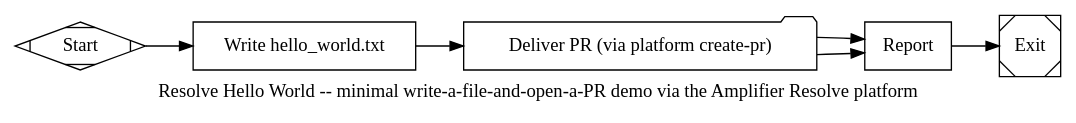
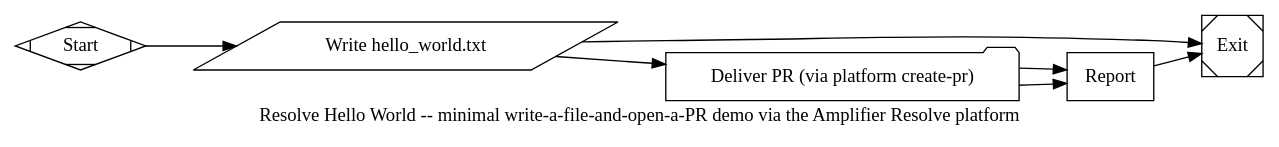
Before and after one commit to kenotron-ms/attractor-pipelines: the diagram in pipelines/resolve_hello_world/resolve_hello_world.dot, drawn with Graphviz. The commit also changed 2 other files, not shown here.

First paragraph of the commit message:
fix(pipelines): make resolve_hello_world deterministic with goal_gate tool nodes (#7)
* fix(pipelines): make resolve_hello_world deterministic with goal_gate tool nodes

```diff
--- a/pipelines/resolve_hello_world/resolve_hello_world.dot
+++ b/pipelines/resolve_hello_world/resolve_hello_world.dot
@@ -1,76 +1,102 @@
 // resolve_hello_world.dot
 //
 // Resolve-platform-flavored sibling of pipelines/hello_world/hello_world.dot.
 // Same minimal shape (write -> commit/push -> open PR), but this variant is
 // deliberately NOT portable across engines -- it leans on Amplifier Resolve
 // platform mechanism as much as possible instead of staying engine-agnostic:
 //
 //   - Clone: NOT a pipeline step. Driven by the standard `repo_url`
 //     instantiation param every dot-graph resolver pipeline gets for free,
 //     resolved via the resolver's workspace_spec() before Start ever fires.
 //   - Migrate to Gitea: NOT a pipeline step. workspace_spec() requests a
 //     Gitea sidecar for the instance; the platform mirrors the target repo
 //     into it before the worker container starts. By the time WriteHelloWorld
 //     runs, `origin` already points at the Gitea mirror, not upstream GitHub.
 //   - PR delivery: uses the platform's provider-agnostic
 //     /usr/local/bin/create-pr script (injected into every worker container
 //     by amplifier-resolve's git_provider.py) instead of raw `gh`/`curl`.
 //     It resolves GitHub-vs-Gitea destination and auth (GitHub App
 //     installation token first, PAT fallback) from the container's
 //     GIT_PROVIDER / GIT_PROVIDER_HOST env -- this pipeline never touches
 //     credentials directly.
 //
 // Use pipelines/hello_world/hello_world.dot instead if you need this pipeline
 // to run outside an Amplifier Resolve worker container (create-pr will not
 // exist there).
 //
 // Context inputs:
 //   $repo   - target repo slug (owner/name), same convention as hello_world.
 //
 // Context outputs:
 //   delivery.pr_url  - PR URL, set by DeliverPRResolve subgraph
 //   delivery.result  - "opened" | "failed"
 
 digraph resolve_hello_world {
   graph [
     label="Resolve Hello World -- minimal write-a-file-and-open-a-PR demo via the Amplifier Resolve platform",
     goal="$repo",
     rankdir=LR,
     default_max_retry=2,
     default_fidelity="summary:high",
     model_stylesheet="* { llm_model: claude-sonnet-4-6; llm_provider: anthropic; }"
   ];
 
   Start [shape=Mdiamond, label="Start"];
   Exit  [shape=Msquare,  label="Exit"];
 
-  // One box node does the entire "work": create a branch and write the
-  // file. Deliberately not split further -- mirrors hello_world.dot's own
-  // rationale: this pipeline exists to be trivial, not to demonstrate VDD.
+  // Deterministic tool node -- creates the branch and writes the file via
+  // a real shell command, not LLM judgment.
+  //
+  // This was previously a `shape=box, goal_gate=true` LLM node whose prompt
+  // only asked for a prose confirmation ("Print the single line:
+  // hello_world_written"). Per the attractor engine's fail-closed goal-gate
+  // contract (specs/EXTENSIONS.md Sec25; context/engine-semantics.md Sec5),
+  // a goal_gate=true node MUST provide an explicit verdict (a
+  // `report_outcome` call, JSON, or a tool node's own exit code) -- plain
+  // prose falls through to the RETRY path no matter what it says. That LLM
+  // node retried out (default_max_retry=2 => 3 attempts) and then hit the
+  // "FAIL does not traverse plain edges" rule (engine-semantics.md Sec2
+  // #2: WriteHelloWorld -> DeliverPRResolve was an unconditional edge),
+  // producing PIPELINE_ERROR error_type=no_matching_edge -- observed
+  // directly on a real staging run (instance 3c3689b633a8).
+  //
+  // Fixed by moving goal_gate onto a parallelogram/tool node whose exit
+  // code IS the verdict (engine-semantics.md Sec5, the `is_explicit` rule),
+  // using the canonical `cmd && printf ok || printf fail` idiom routed on
+  // context.tool.last_line (engine-semantics.md Sec3). Literal shell `$` is
+  // escaped as `$$` per the engine's own substitution rule (Sec4) so the
+  // pipeline's variable-expansion pass doesn't touch it.
   WriteHelloWorld [
-    shape=box, goal_gate=true, fidelity="summary:high",
+    shape=parallelogram, goal_gate=true,
     label="Write hello_world.txt",
-    prompt="Create a new branch off the repo's default branch named hello-world-resolve-<short timestamp, e.g. hello-world-resolve-20260729143000>. On that branch, write a file named hello_world.txt at the repo root with exactly this content:\n\nHello, World!\n\nThis file was created by the resolve_hello_world pipeline in kenotron-ms/attractor-pipelines -- a minimal end-to-end demo that leans on the Amplifier Resolve platform's own clone/Gitea-migrate/create-pr mechanism as much as possible.\n\nDo NOT commit yet -- the next step handles staging, commit, push, and opening the PR via the platform's create-pr script. Print the single line: hello_world_written"
+    tool_command="BRANCH=hello-world-resolve-$$(date -u +%Y%m%d%H%M%S); git rev-parse --is-inside-work-tree >/dev/null 2>&1 && git checkout -b \"$$BRANCH\" >/dev/null 2>&1; printf 'Hello, World!\n\nThis file was created by the resolve_hello_world pipeline in kenotron-ms/attractor-pipelines -- a minimal end-to-end demo that leans on the Amplifier Resolve platform (clone / Gitea-migrate / create-pr) mechanism as much as possible.\n' > hello_world.txt; test -f hello_world.txt && printf ok || printf fail"
   ];
 
   // Reuses the same shape=folder delegation pattern as hello_world.dot's
   // DeliverPR, but the subgraph itself swaps the portable gh/curl delivery
   // mechanism for the platform's create-pr script.
   DeliverPRResolve [
     shape=folder, label="Deliver PR (via platform create-pr)",
     dot_file="subgraphs/deliver_pr_resolve.dot",
     outputs="delivery.pr_url,delivery.result"
   ];
 
+  // Plain reporting step -- no goal to gate here (nothing downstream
+  // depends on this node's own verdict; Report -> Exit is unconditional),
+  // so goal_gate is correctly omitted. Per engine-semantics.md Sec5,
+  // ordinary (non-goal_gate) box nodes get SUCCESS on prose completion --
+  // this node's prior goal_gate=true was the same misapplied pattern as
+  // WriteHelloWorld's, just never reached by a real run (yet).
   Report [
-    shape=box, goal_gate=true, fidelity="summary:high",
+    shape=box, fidelity="summary:high",
     label="Report",
-    prompt="Report the outcome: if ${delivery.result} is 'opened', state the PR URL (${delivery.pr_url}) plainly. If it's 'failed', say so plainly and do not claim success. Print the single line: reported"
+    prompt="Report the outcome: if ${delivery.result} is 'opened', state the PR URL (${delivery.pr_url}) plainly. If it's 'failed', say so plainly and do not claim success."
   ];
 
   Start            -> WriteHelloWorld;
-  WriteHelloWorld  -> DeliverPRResolve;
+  WriteHelloWorld  -> DeliverPRResolve [condition="context.tool.last_line=ok"];
+  WriteHelloWorld  -> Exit             [condition="context.tool.last_line=fail"];
   DeliverPRResolve -> Report [condition="context.delivery.result=opened", weight="2"];
   DeliverPRResolve -> Report [condition="context.delivery.result=failed"];
   Report           -> Exit;
 }
```
